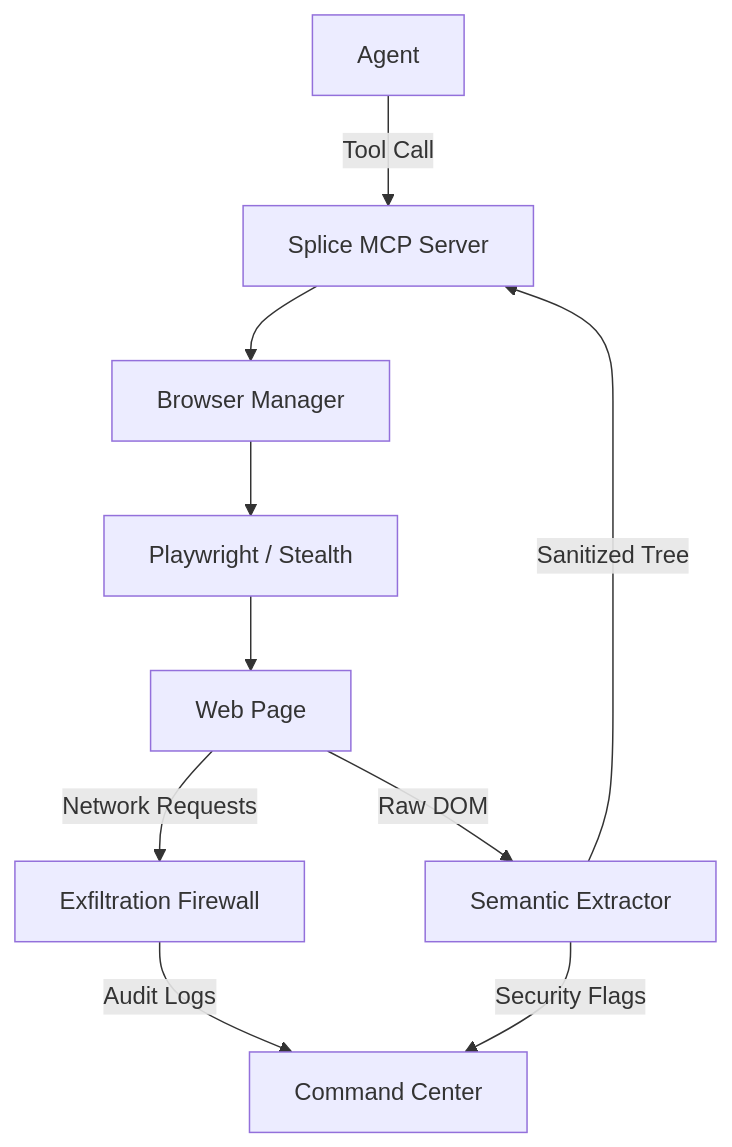
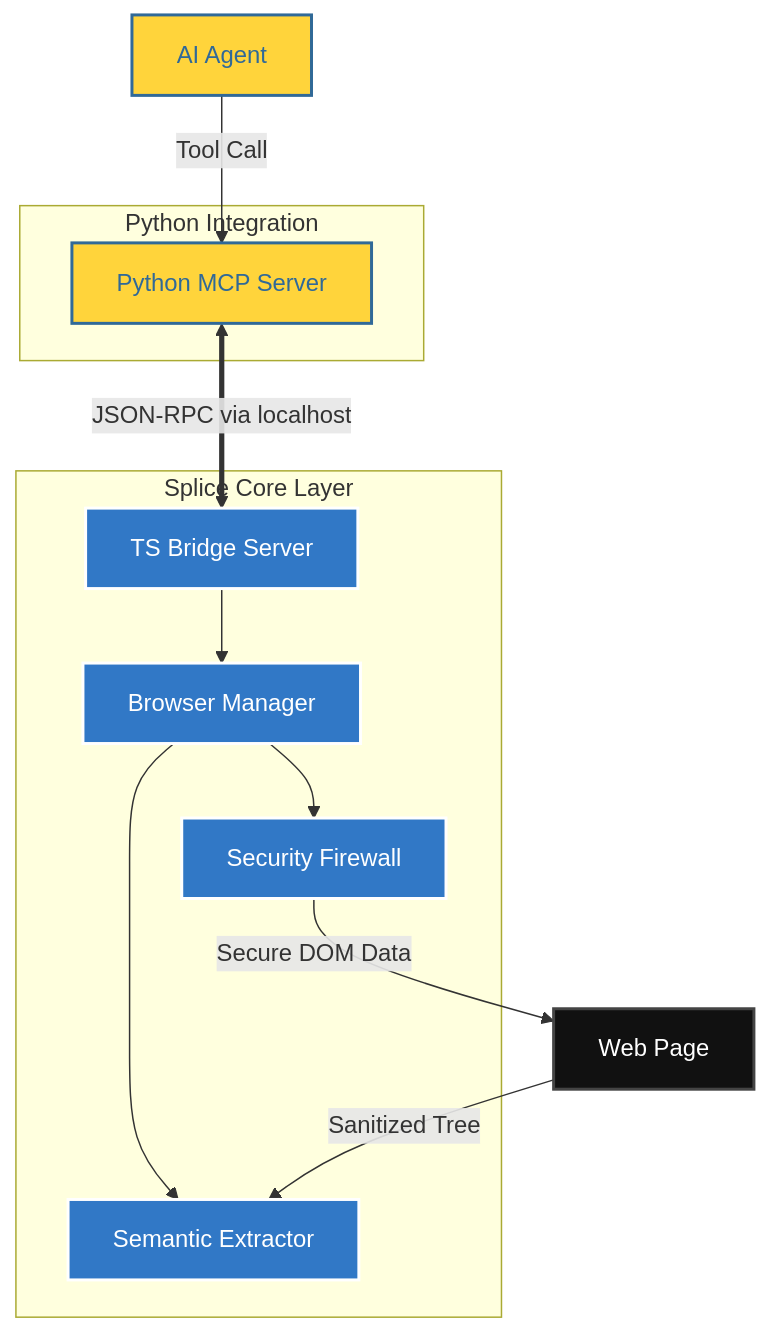
The diagram in README.md (Arnavnemade1/Splice), drawn with Mermaid before and after one commit. The commit also changed other lines of this file, not shown here.

Commit message:
docs: overhaul README for professional grade visuals and hybrid architecture documentation

````diff
--- a/README.md
+++ b/README.md
@@ -56,12 +57,28 @@
 ```mermaid
 graph TD
-    A[Agent] -->|Tool Call| B[Splice MCP Server]
-    B --> C[Browser Manager]
-    C --> D[Playwright / Stealth]
-    D --> E[Web Page]
-    E -->|Raw DOM| F[Semantic Extractor]
-    F -->|Sanitized Tree| B
-    E -->|Network Requests| G[Exfiltration Firewall]
-    G -->|Audit Logs| H[Command Center]
-    F -->|Security Flags| H
+    %% Styling
+    classDef ts fill:#3178C6,stroke:#fff,stroke-width:2px,color:#fff;
+    classDef py fill:#FFD43B,stroke:#306998,stroke-width:2px,color:#306998;
+    classDef core fill:#111,stroke:#444,stroke-width:2px,color:#fff;
+
+    A[AI Agent]:::py -->|Tool Call| B
+    
+    subgraph Python Integration
+        B[Python MCP Server]:::py
+    end
+    
+    subgraph Splice Core Layer
+        C[TS Bridge Server]:::ts
+        D[Browser Manager]:::ts
+        E[Semantic Extractor]:::ts
+        F[Security Firewall]:::ts
+    end
+    
+    B <==>|JSON-RPC via localhost| C
+    C --> D
+    D --> E
+    D --> F
+    
+    F -->|Secure DOM Data| G[Web Page]:::core
+    G -->|Sanitized Tree| E
 ```
````
